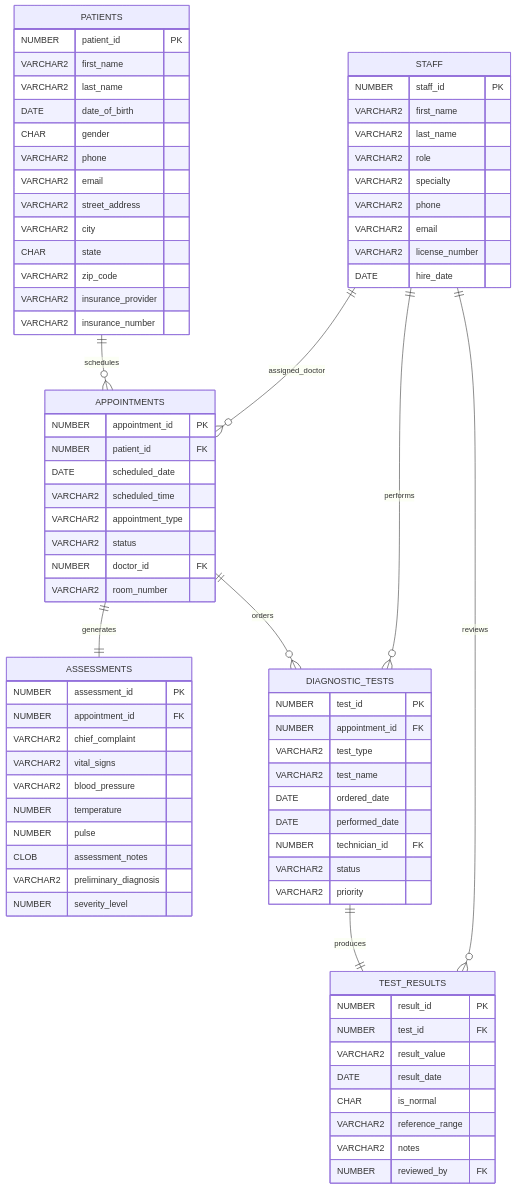
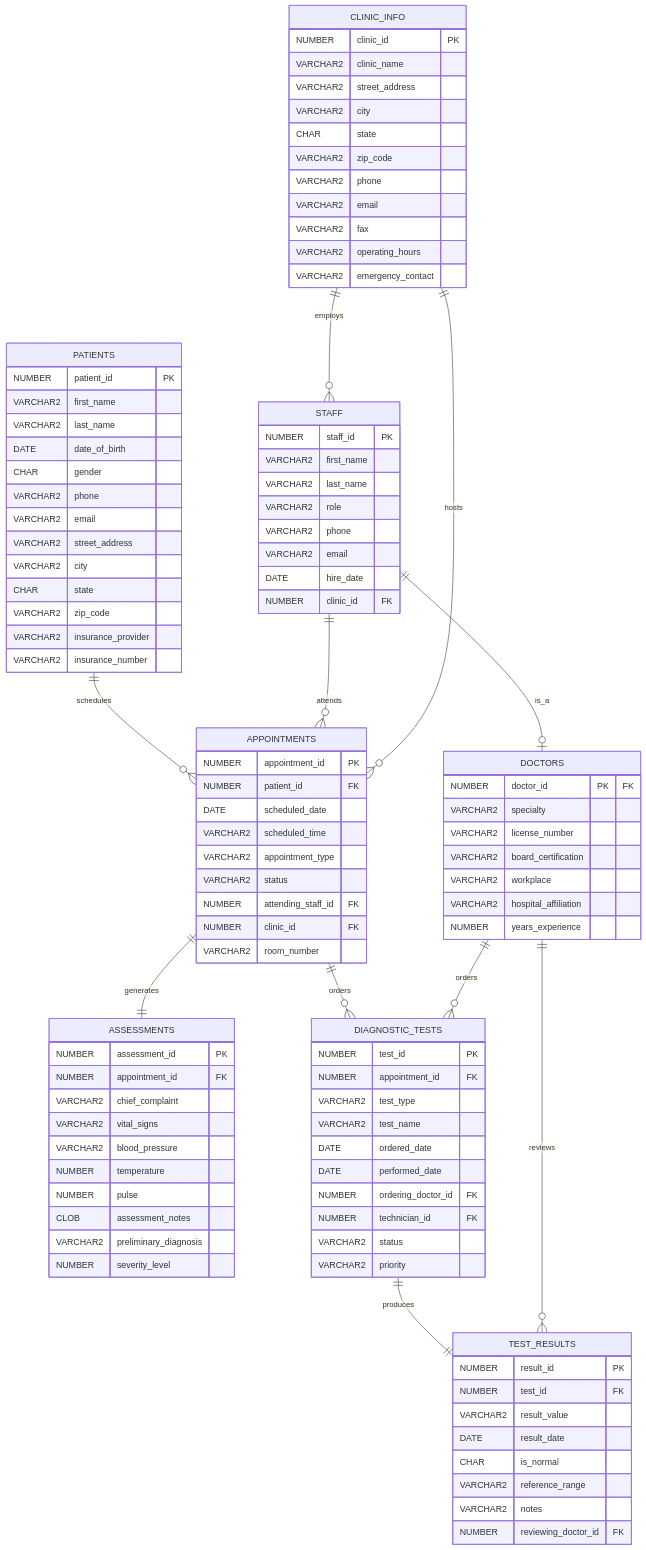
Before and after one commit to karth878/Database-project: the diagram in ERD_Documentation.md, drawn with Mermaid. The commit also changed other lines of this file, not shown here.

````diff
--- a/ERD_Documentation.md
+++ b/ERD_Documentation.md
@@ -21,12 +23,29 @@
 ```mermaid
 erDiagram
+    CLINIC_INFO ||--o{ STAFF : "employs"
+    STAFF ||--o| DOCTORS : "is_a"
     PATIENTS ||--o{ APPOINTMENTS : "schedules"
     APPOINTMENTS ||--|| ASSESSMENTS : "generates"
     APPOINTMENTS ||--o{ DIAGNOSTIC_TESTS : "orders"
     DIAGNOSTIC_TESTS ||--|| TEST_RESULTS : "produces"
-    STAFF ||--o{ APPOINTMENTS : "assigned_doctor"
-    STAFF ||--o{ DIAGNOSTIC_TESTS : "performs"
-    STAFF ||--o{ TEST_RESULTS : "reviews"
+    STAFF ||--o{ APPOINTMENTS : "attends"
+    DOCTORS ||--o{ DIAGNOSTIC_TESTS : "orders"
+    DOCTORS ||--o{ TEST_RESULTS : "reviews"
+    CLINIC_INFO ||--o{ APPOINTMENTS : "hosts"
+
+    CLINIC_INFO {
+        NUMBER clinic_id PK
+        VARCHAR2 clinic_name
+        VARCHAR2 street_address
+        VARCHAR2 city
+        CHAR state
+        VARCHAR2 zip_code
+        VARCHAR2 phone
+        VARCHAR2 email
+        VARCHAR2 fax
+        VARCHAR2 operating_hours
+        VARCHAR2 emergency_contact
+    }
 
     PATIENTS {
         NUMBER patient_id PK
@@ -49,11 +68,20 @@
         VARCHAR2 first_name
         VARCHAR2 last_name
         VARCHAR2 role
-        VARCHAR2 specialty
         VARCHAR2 phone
         VARCHAR2 email
+        DATE hire_date
+        NUMBER clinic_id FK
+    }
+
+    DOCTORS {
+        NUMBER doctor_id PK "FK"
+        VARCHAR2 specialty
         VARCHAR2 license_number
-        DATE hire_date
+        VARCHAR2 board_certification
+        VARCHAR2 workplace
+        VARCHAR2 hospital_affiliation
+        NUMBER years_experience
     }
 
     APPOINTMENTS {
@@ -63,7 +91,8 @@
         VARCHAR2 scheduled_time
         VARCHAR2 appointment_type
         VARCHAR2 status
-        NUMBER doctor_id FK
+        NUMBER attending_staff_id FK
+        NUMBER clinic_id FK
         VARCHAR2 room_number
     }
 
@@ -87,6 +116,7 @@
         VARCHAR2 test_name
         DATE ordered_date
         DATE performed_date
+        NUMBER ordering_doctor_id FK
         NUMBER technician_id FK
         VARCHAR2 status
         VARCHAR2 priority
@@ -100,6 +130,6 @@
         CHAR is_normal
         VARCHAR2 reference_range
         VARCHAR2 notes
-        NUMBER reviewed_by FK
+        NUMBER reviewing_doctor_id FK
     }
 ```
````
